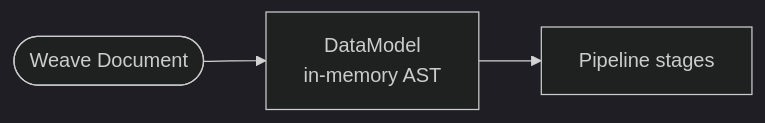
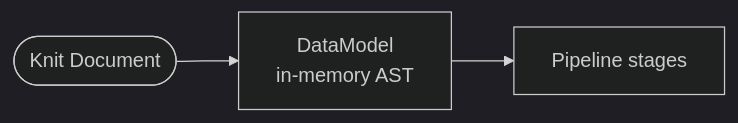
The second of 9 diagrams in docs/architecture.md (Yaming-Hub/knit), drawn with Mermaid (dark theme) before and after one commit. The commit also changed other lines of this file and 19 other files, not shown here.

````diff
--- a/docs/architecture.md
+++ b/docs/architecture.md
@@ -36,4 +36,4 @@
 ```mermaid
 flowchart LR
-    doc([Weave Document]) --> model[DataModel\nin-memory AST] --> stages[Pipeline stages]
+    doc([Knit Document]) --> model[DataModel\nin-memory AST] --> stages[Pipeline stages]
 ```
````
